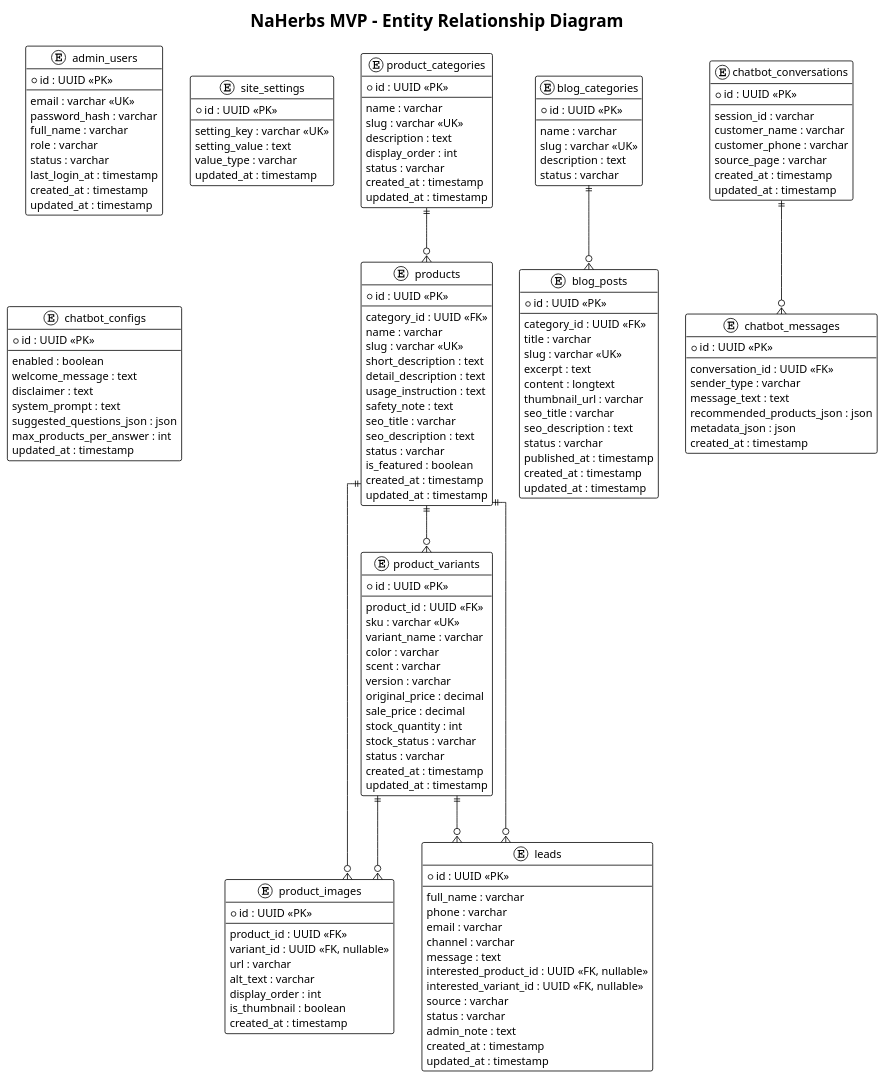
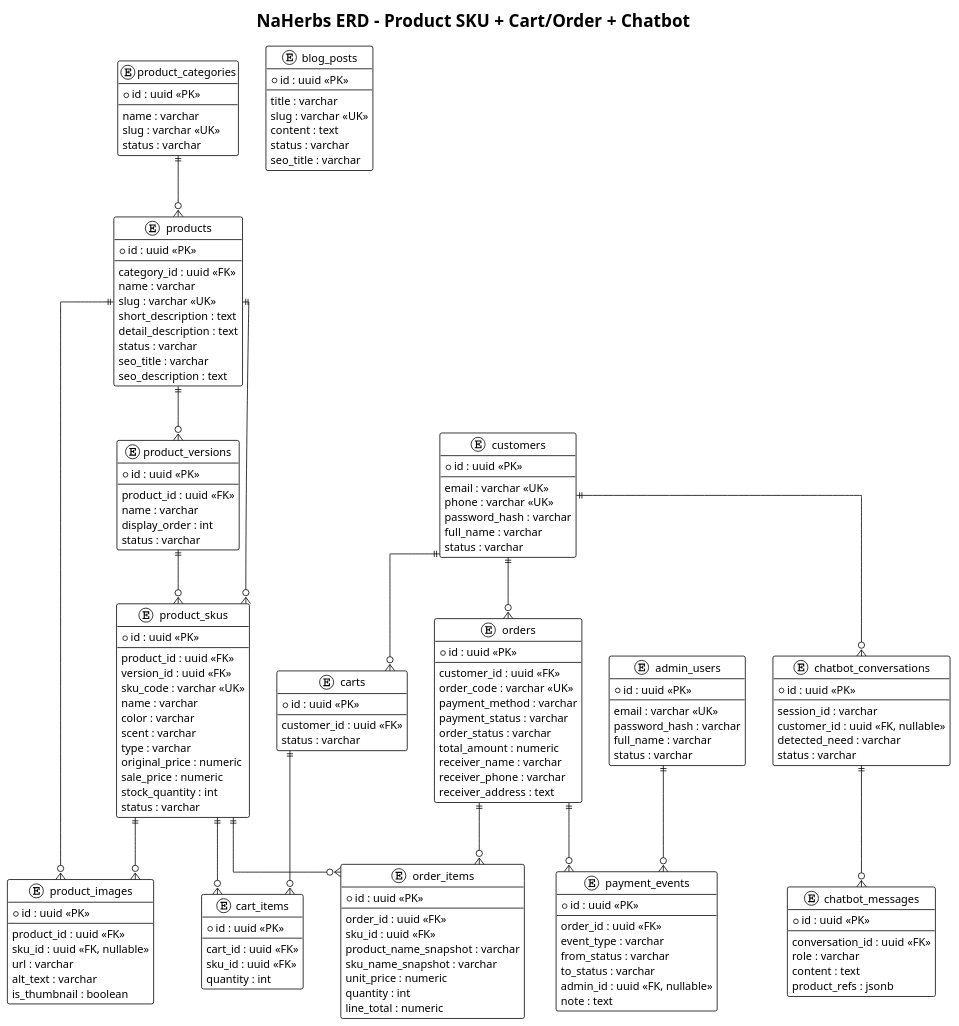
The fifth of 9 diagrams in docs/SDD.md (Dyuedu071/NaHerbs), drawn with PlantUML before and after one commit. The commit also changed other lines of this file and 42 other files, not shown here.

Commit message:
feat: initialize NaHerbs web frontend and database schema with initial documentation and project structure

````diff
--- a/docs/SDD.md
+++ b/docs/SDD.md
@@ -678,174 +347,178 @@
 skinparam linetype ortho
 skinparam defaultFontName Arial
 
-title NaHerbs MVP - Entity Relationship Diagram
+title NaHerbs ERD - Product SKU + Cart/Order + Chatbot
+
+entity "customers" as customers {
+  * id : uuid <<PK>>
+  --
+  email : varchar <<UK>>
+  phone : varchar <<UK>>
+  password_hash : varchar
+  full_name : varchar
+  status : varchar
+}
 
 entity "admin_users" as admin_users {
-  * id : UUID <<PK>>
+  * id : uuid <<PK>>
   --
   email : varchar <<UK>>
   password_hash : varchar
   full_name : varchar
-  role : varchar
   status : varchar
-  last_login_at : timestamp
-  created_at : timestamp
-  updated_at : timestamp
 }
 
-entity "product_categories" as product_categories {
-  * id : UUID <<PK>>
+entity "product_categories" as categories {
+  * id : uuid <<PK>>
   --
   name : varchar
   slug : varchar <<UK>>
-  description : text
-  display_order : int
   status : varchar
-  created_at : timestamp
-  updated_at : timestamp
 }
 
 entity "products" as products {
-  * id : UUID <<PK>>
+  * id : uuid <<PK>>
   --
-  category_id : UUID <<FK>>
+  category_id : uuid <<FK>>
   name : varchar
   slug : varchar <<UK>>
   short_description : text
   detail_description : text
-  usage_instruction : text
-  safety_note : text
+  status : varchar
   seo_title : varchar
   seo_description : text
-  status : varchar
-  is_featured : boolean
-  created_at : timestamp
-  updated_at : timestamp
 }
 
-entity "product_variants" as product_variants {
-  * id : UUID <<PK>>
+entity "product_versions" as versions {
+  * id : uuid <<PK>>
   --
-  product_id : UUID <<FK>>
-  sku : varchar <<UK>>
-  variant_name : varchar
-  color : varchar
-  scent : varchar
-  version : varchar
-  original_price : decimal
-  sale_price : decimal
-  stock_quantity : int
-  stock_status : varchar
-  status : varchar
-  created_at : timestamp
-  updated_at : timestamp
-}
-
-entity "product_images" as product_images {
-  * id : UUID <<PK>>
-  --
-  product_id : UUID <<FK>>
-  variant_id : UUID <<FK, nullable>>
-  url : varchar
-  alt_text : varchar
+  product_id : uuid <<FK>>
+  name : varchar
   display_order : int
-  is_thumbnail : boolean
-  created_at : timestamp
-}
-
-entity "blog_categories" as blog_categories {
-  * id : UUID <<PK>>
-  --
-  name : varchar
-  slug : varchar <<UK>>
-  description : text
   status : varchar
 }
 
+entity "product_skus" as skus {
+  * id : uuid <<PK>>
+  --
+  product_id : uuid <<FK>>
+  version_id : uuid <<FK>>
+  sku_code : varchar <<UK>>
+  name : varchar
+  color : varchar
+  scent : varchar
+  type : varchar
+  original_price : numeric
+  sale_price : numeric
+  stock_quantity : int
+  status : varchar
+}
+
+entity "product_images" as images {
+  * id : uuid <<PK>>
+  --
+  product_id : uuid <<FK>>
+  sku_id : uuid <<FK, nullable>>
+  url : varchar
+  alt_text : varchar
+  is_thumbnail : boolean
+}
+
+entity "carts" as carts {
+  * id : uuid <<PK>>
+  --
+  customer_id : uuid <<FK>>
+  status : varchar
+}
+
+entity "cart_items" as cart_items {
+  * id : uuid <<PK>>
+  --
+  cart_id : uuid <<FK>>
+  sku_id : uuid <<FK>>
+  quantity : int
+}
+
+entity "orders" as orders {
+  * id : uuid <<PK>>
+  --
+  customer_id : uuid <<FK>>
+  order_code : varchar <<UK>>
+  payment_method : varchar
+  payment_status : varchar
+  order_status : varchar
+  total_amount : numeric
+  receiver_name : varchar
+  receiver_phone : varchar
+  receiver_address : text
+}
+
+entity "order_items" as order_items {
+  * id : uuid <<PK>>
+  --
+  order_id : uuid <<FK>>
+  sku_id : uuid <<FK>>
+  product_name_snapshot : varchar
+  sku_name_snapshot : varchar
+  unit_price : numeric
+  quantity : int
+  line_total : numeric
+}
+
+entity "payment_events" as payment_events {
+  * id : uuid <<PK>>
+  --
+  order_id : uuid <<FK>>
+  event_type : varchar
+  from_status : varchar
+  to_status : varchar
+  admin_id : uuid <<FK, nullable>>
+  note : text
+}
+
 entity "blog_posts" as blog_posts {
-  * id : UUID <<PK>>
+  * id : uuid <<PK>>
   --
-  category_id : UUID <<FK>>
   title : varchar
   slug : varchar <<UK>>
-  excerpt : text
-  content : longtext
-  thumbnail_url : varchar
+  content : text
+  status : varchar
   seo_title : varchar
-  seo_description : text
-  status : varchar
-  published_at : timestamp
-  created_at : timestamp
-  updated_at : timestamp
 }
 
-entity "leads" as leads {
-  * id : UUID <<PK>>
+entity "chatbot_conversations" as convs {
+  * id : uuid <<PK>>
   --
-  full_name : varchar
-  phone : varchar
-  email : varchar
-  channel : varchar
-  message : text
-  interested_product_id : UUID <<FK, nullable>>
-  interested_variant_id : UUID <<FK, nullable>>
-  source : varchar
+  session_id : varchar
+  customer_id : uuid <<FK, nullable>>
+  detected_need : varchar
   status : varchar
-  admin_note : text
-  created_at : timestamp
-  updated_at : timestamp
 }
 
-entity "site_settings" as site_settings {
-  * id : UUID <<PK>>
+entity "chatbot_messages" as msgs {
+  * id : uuid <<PK>>
   --
-  setting_key : varchar <<UK>>
-  setting_value : text
-  value_type : varchar
-  updated_at : timestamp
+  conversation_id : uuid <<FK>>
+  role : varchar
+  content : text
+  product_refs : jsonb
 }
 
-entity "chatbot_configs" as chatbot_configs {
-  * id : UUID <<PK>>
-  --
-  enabled : boolean
-  welcome_message : text
-  disclaimer : text
-  system_prompt : text
-  suggested_questions_json : json
-  max_products_per_answer : int
-  updated_at : timestamp
-}
-
-entity "chatbot_conversations" as chatbot_conversations {
-  * id : UUID <<PK>>
-  --
-  session_id : varchar
-  customer_name : varchar
-  customer_phone : varchar
-  source_page : varchar
-  created_at : timestamp
-  updated_at : timestamp
-}
-
-entity "chatbot_messages" as chatbot_messages {
-  * id : UUID <<PK>>
-  --
-  conversation_id : UUID <<FK>>
-  sender_type : varchar
-  message_text : text
-  recommended_products_json : json
-  metadata_json : json
-  created_at : timestamp
-}
-
-product_categories ||--o{ products
-products ||--o{ product_variants
-products ||--o{ product_images
-product_variants ||--o{ product_images
-blog_categories ||--o{ blog_posts
-products ||--o{ leads
-product_variants ||--o{ leads
-chatbot_conversations ||--o{ chatbot_messages
+categories ||--o{ products
+products ||--o{ versions
+products ||--o{ skus
+versions ||--o{ skus
+products ||--o{ images
+skus ||--o{ images
+customers ||--o{ carts
+carts ||--o{ cart_items
+skus ||--o{ cart_items
+customers ||--o{ orders
+orders ||--o{ order_items
+skus ||--o{ order_items
+orders ||--o{ payment_events
+admin_users ||--o{ payment_events
+customers ||--o{ convs
+convs ||--o{ msgs
 @enduml
 ```
````
